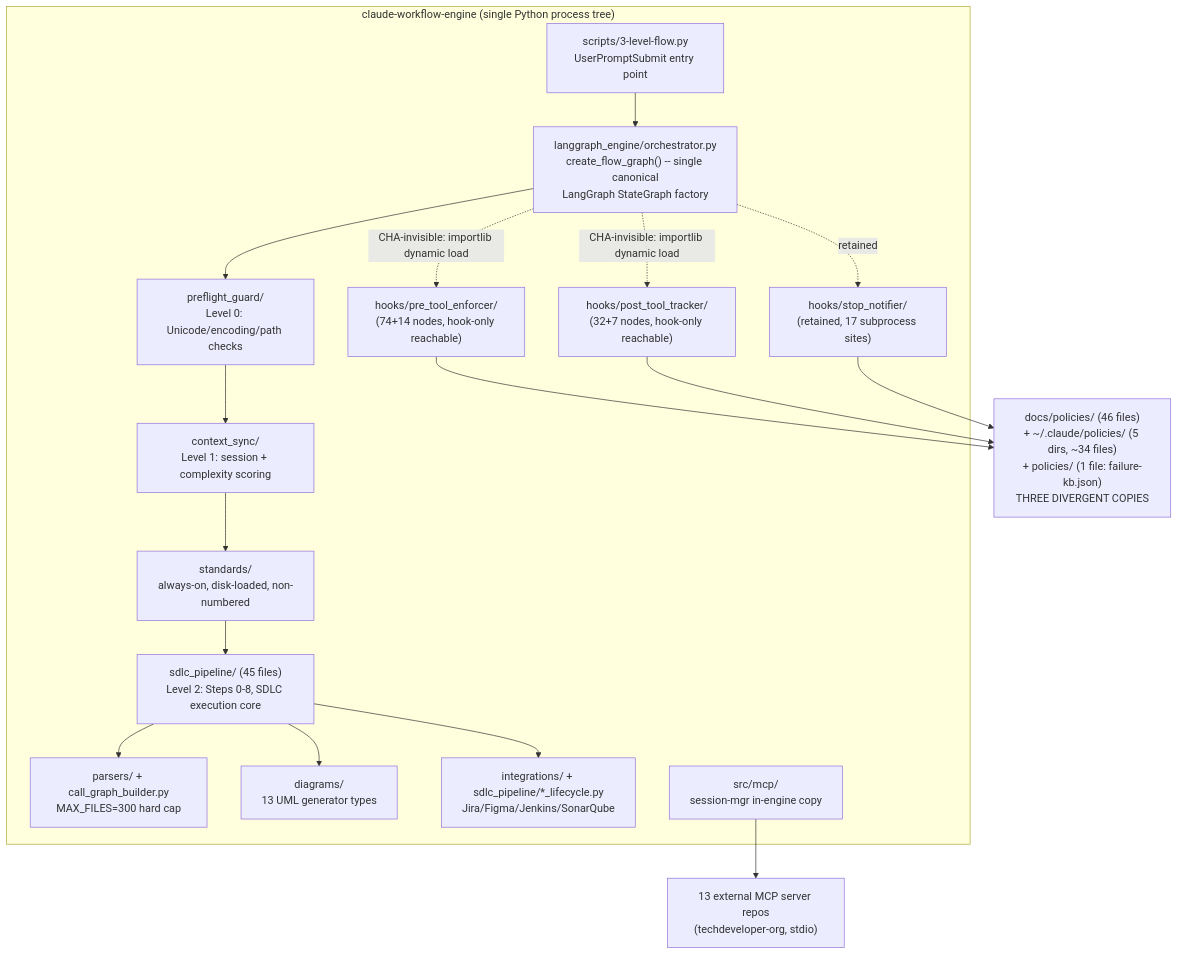
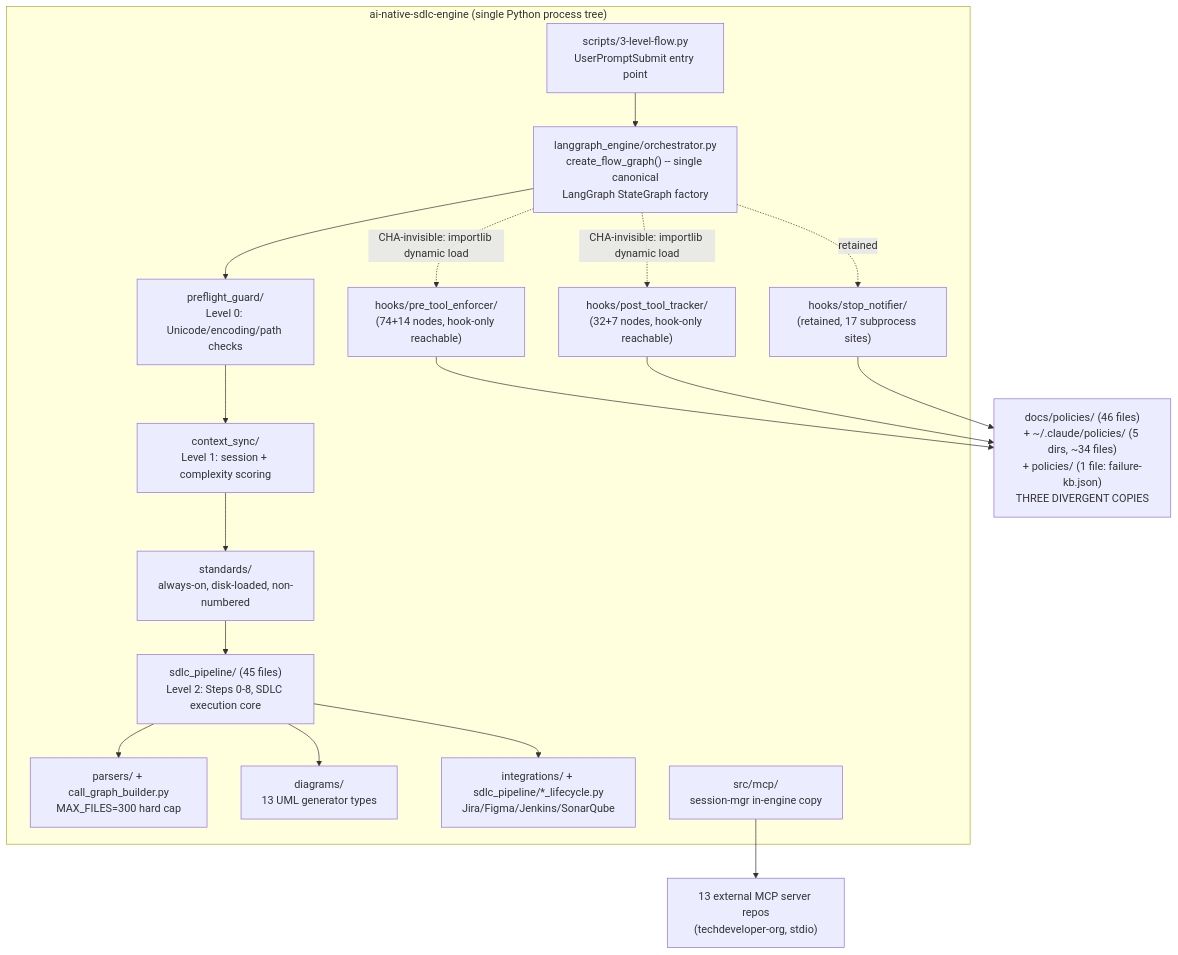
Before and after one commit to techdeveloper-org/ai-native-sdlc-engine: the second of 2 diagrams in as-built-prd.md, drawn with Mermaid. The commit also changed other lines of this file and 150 other files, not shown here.

Commit message:
refactor: complete sweep of claude-workflow-engine to ai-native-sdlc-engine (#331)

````diff
--- a/as-built-prd.md
+++ b/as-built-prd.md
@@ -96,33 +96,33 @@
 ```mermaid
 graph TB
-    subgraph "claude-workflow-engine (single Python process tree)"
+    subgraph "ai-native-sdlc-engine (single Python process tree)"
         Entry["scripts/3-level-flow.py\nUserPromptSubmit entry point"]
         Orch["langgraph_engine/orchestrator.py\ncreate_flow_graph() -- single canonical\nLangGraph StateGraph factory"]
         L0["preflight_guard/\nLevel 0: Unicode/encoding/path checks"]
         L1["context_sync/\nLevel 1: session + complexity scoring"]
         L2["sdlc_pipeline/ (45 files)\nLevel 2: Steps 0-8, SDLC execution core"]
         Std["standards/\nalways-on, disk-loaded, non-numbered"]
         PreHook["hooks/pre_tool_enforcer/\n(74+14 nodes, hook-only reachable)"]
         PostHook["hooks/post_tool_tracker/\n(32+7 nodes, hook-only reachable)"]
         StopHook["hooks/stop_notifier/\n(retained, 17 subprocess sites)"]
         Parsers["parsers/ + call_graph_builder.py\nMAX_FILES=300 hard cap"]
         Diagrams["diagrams/\n13 UML generator types"]
         Integrations["integrations/ + sdlc_pipeline/*_lifecycle.py\nJira/Figma/Jenkins/SonarQube"]
         SrcMcp["src/mcp/\nsession-mgr in-engine copy"]
     end
     ExternalMCP["13 external MCP server repos\n(techdeveloper-org, stdio)"]
     Policies["docs/policies/ (46 files)\n+ ~/.claude/policies/ (5 dirs, ~34 files)\n+ policies/ (1 file: failure-kb.json)\nTHREE DIVERGENT COPIES"]
 
     Entry --> Orch
     Orch --> L0 --> L1 --> Std --> L2
     L2 --> Parsers
     L2 --> Diagrams
     L2 --> Integrations
     Orch -.->|"CHA-invisible: importlib dynamic load"| PreHook
     Orch -.->|"CHA-invisible: importlib dynamic load"| PostHook
     Orch -.->|"retained"| StopHook
     SrcMcp --> ExternalMCP
     PreHook --> Policies
     PostHook --> Policies
     StopHook --> Policies
 ```
````
